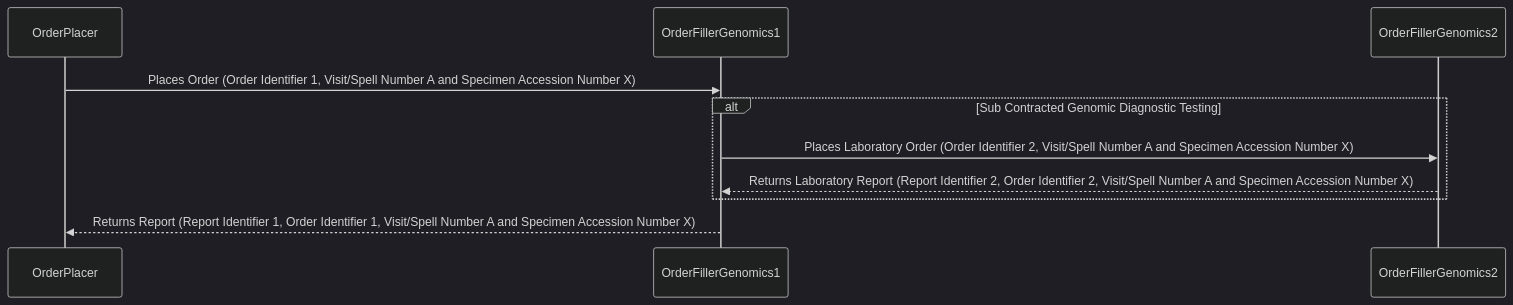
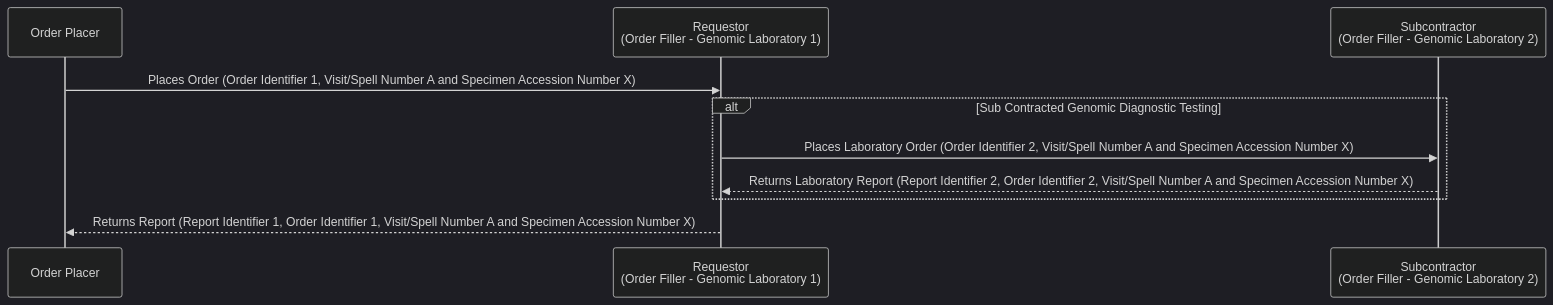
The fourth of 4 diagrams in input/pagecontent/ILW.md (uk-gov-mirror/nw-gmsa.nw-gmsa.github.com), drawn with Mermaid (dark theme) before and after one commit. The commit also changed other lines of this file and 5 other files, not shown here.

````diff
--- a/input/pagecontent/ILW.md
+++ b/input/pagecontent/ILW.md
@@ -117,17 +121,17 @@
 ```mermaid
 sequenceDiagram
-    participant OrderPlacer
+    participant OrderPlacer as Order Placer
 
-    participant OrderFillerGenomics1
-    participant OrderFillerGenomics2
+    participant OrderFillerGenomics1 as Requestor<br/>(Order Filler - Genomic Laboratory 1) 
+    participant OrderFillerGenomics2 as Subcontractor<br/>(Order Filler - Genomic Laboratory 2)
   
 
     OrderPlacer ->> OrderFillerGenomics1: Places Order (Order Identifier 1, Visit/Spell Number A and Specimen Accession Number X)
 
     alt Sub Contracted Genomic Diagnostic Testing
         OrderFillerGenomics1 ->> OrderFillerGenomics2: Places Laboratory Order (Order Identifier 2, Visit/Spell Number A and Specimen Accession Number X)
         OrderFillerGenomics2 -->> OrderFillerGenomics1: Returns Laboratory Report (Report Identifier 2, Order Identifier 2, Visit/Spell Number A and Specimen Accession Number X)
     end
 
     OrderFillerGenomics1 -->> OrderPlacer: Returns Report (Report Identifier 1, Order Identifier 1, Visit/Spell Number A  and Specimen Accession Number X)
 ```
````
